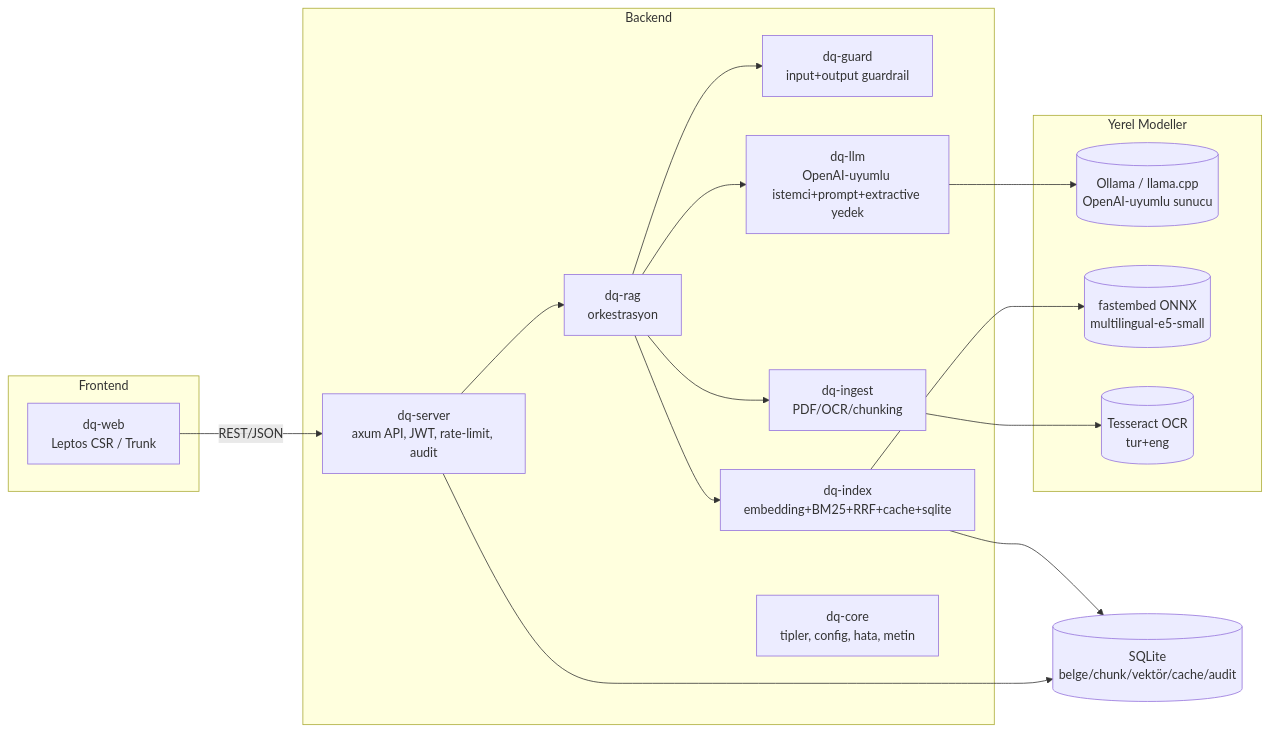
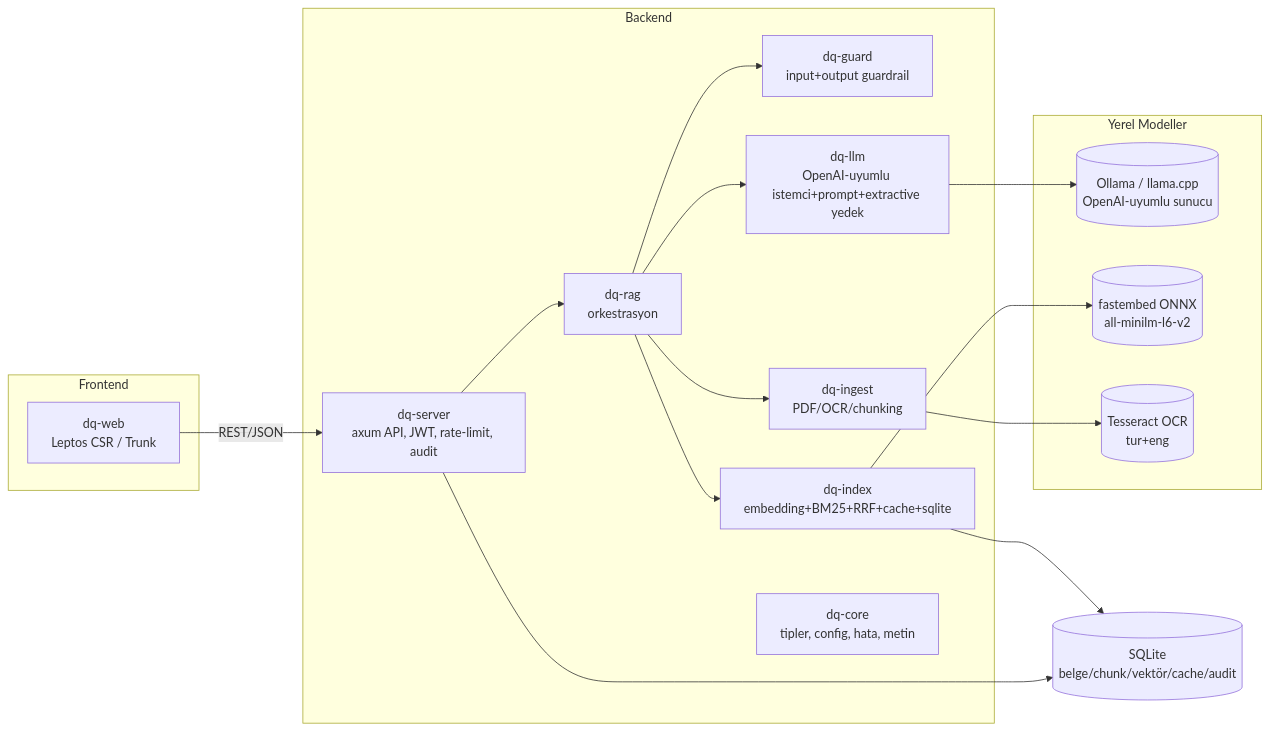
Before and after one commit to dexter635/doc-qa-system: the diagram in README.md, drawn with Mermaid. The commit also changed 5 other files, not shown here.

````diff
--- a/README.md
+++ b/README.md
@@ -15,30 +15,30 @@
 ```mermaid
 flowchart LR
     subgraph Frontend
         WEB[dq-web<br/>Leptos CSR / Trunk]
     end
     subgraph Backend
         SRV[dq-server<br/>axum API, JWT, rate-limit, audit]
         RAG[dq-rag<br/>orkestrasyon]
         GUARD[dq-guard<br/>input+output guardrail]
         INGEST[dq-ingest<br/>PDF/OCR/chunking]
         INDEX[dq-index<br/>embedding+BM25+RRF+cache+sqlite]
         LLM[dq-llm<br/>OpenAI-uyumlu istemci+prompt+extractive yedek]
         CORE[dq-core<br/>tipler, config, hata, metin]
     end
     subgraph Yerel Modeller
         OLLAMA[(Ollama / llama.cpp<br/>OpenAI-uyumlu sunucu)]
-        EMB[(fastembed ONNX<br/>multilingual-e5-small)]
+        EMB[(fastembed ONNX<br/>all-minilm-l6-v2)]
         OCR[(Tesseract OCR<br/>tur+eng)]
     end
     DB[(SQLite<br/>belge/chunk/vektör/cache/audit)]
 
     WEB -- REST/JSON --> SRV
     SRV --> RAG
     RAG --> GUARD
     RAG --> INGEST --> OCR
     RAG --> INDEX --> EMB
     RAG --> LLM --> OLLAMA
     INDEX --> DB
     SRV --> DB
 ```
````
